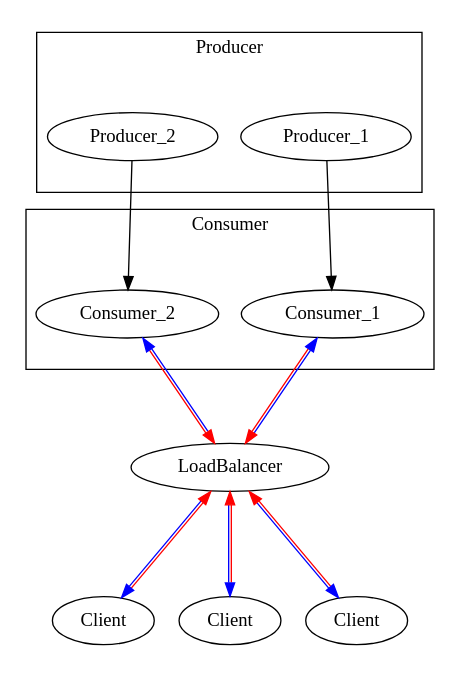
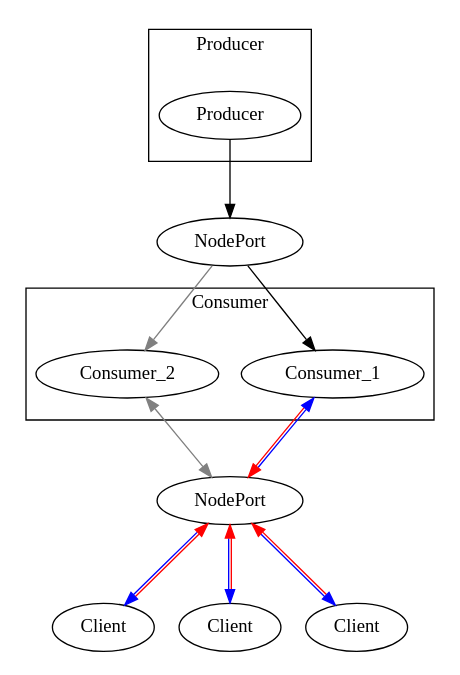
Before and after one commit to KeyboardKobold/go-failover: the diagram in graphviz/scene_ovrld_unsync_ldblc_multiprod.dot, drawn with Graphviz.

Commit message:
changed architecture descriptor file

```diff
--- a/graphviz/scene_ovrld_unsync_ldblc_multiprod.dot
+++ b/graphviz/scene_ovrld_unsync_ldblc_multiprod.dot
@@ -1,30 +1,39 @@
 digraph {
     overlap=scale
     ratio="1.5"
     compound=true;
 
     subgraph cluster0 {
         label="Consumer";
         Consumer_1; Consumer_2;
         rank="same";
     }
 
     subgraph cluster1 {
         label="Producer";
-        Producer_1; Producer_2;
+        { Producer_1 [label="Producer"] }
         rank="same";
     }
 
-    Producer_1 -> Consumer_1
-    Producer_2 -> Consumer_2
-    { Consumer_1 Consumer_2 } -> LoadBalancer [dir=both color="red:blue"]
+    Producer_1 -> NodePort_1
 
+    NodePort_1 -> Consumer_1
+    NodePort_1 -> Consumer_2 [color="grey"]
+
+
+
+
+    { NodePort_1 [label="NodePort"] }
+    { NodePort_2 [label="NodePort"] }
+
+    Consumer_1 -> NodePort_2 [dir=both color="red:blue"]
+    Consumer_2 -> NodePort_2 [dir=both color=grey]
 
     { rank = sink; Client_1 [label="Client"] }
     { rank = sink; Client_2 [label="Client"] }
     { rank = sink; Client_3 [label="Client"] }
 
-    Client_1 -> LoadBalancer [dir=both color="red:blue"]
-    Client_2 -> LoadBalancer [dir=both color="red:blue"]
-    Client_3 -> LoadBalancer [dir=both color="red:blue"]
+    Client_1 -> NodePort_2 [dir=both color="red:blue"]
+    Client_2 -> NodePort_2 [dir=both color="red:blue"]
+    Client_3 -> NodePort_2 [dir=both color="red:blue"]
 }
```
